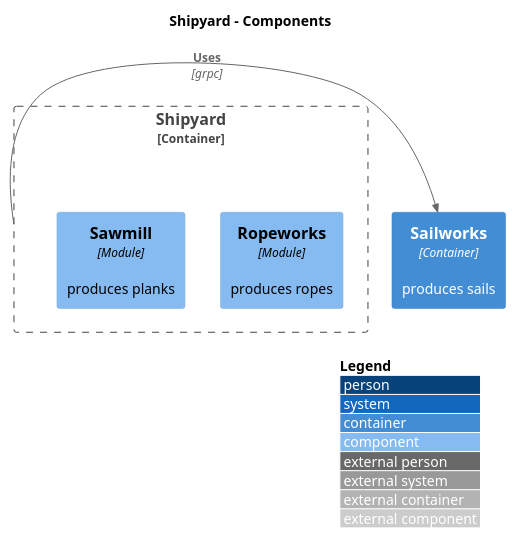
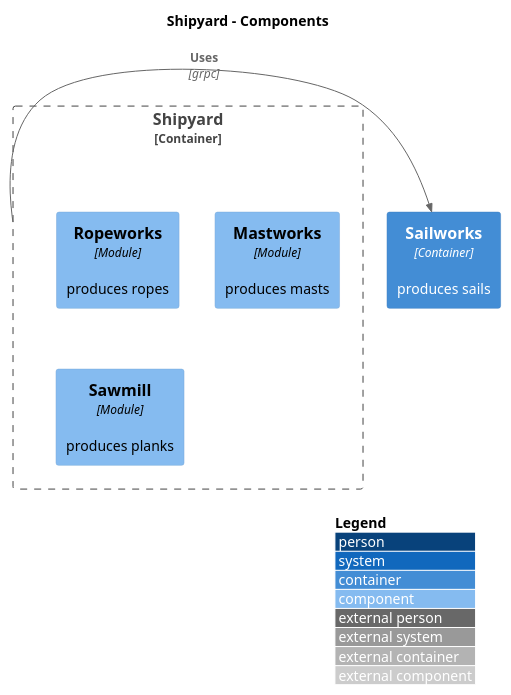
Before and after one commit to mateuszmidor/GoStudy: the diagram in modular-monolith/docs/C4_Component.puml, drawn with PlantUML. The commit also changed 7 other files, not shown here.

Commit message:
added mastworks module

```diff
--- a/modular-monolith/docs/C4_Component.puml
+++ b/modular-monolith/docs/C4_Component.puml
@@ -1,14 +1,15 @@
 @startuml
 !include https://raw.githubusercontent.com/plantuml-stdlib/C4-PlantUML/master/C4_Component.puml
 
 LAYOUT_WITH_LEGEND()
 
 title Shipyard - Components
 
 Container_Boundary(Shipyard, "Shipyard") {
     Component(ropeworks, "Ropeworks", "Module", "produces ropes")
+    Component(mastworks, "Mastworks", "Module", "produces masts")
     Component(sawmill, "Sawmill", "Module", "produces planks")
 }
 Container(Sailworks, "Sailworks", "Container", "produces sails")
 Rel_Neighbor(Shipyard, Sailworks, "Uses", "grpc")
 @enduml
```
